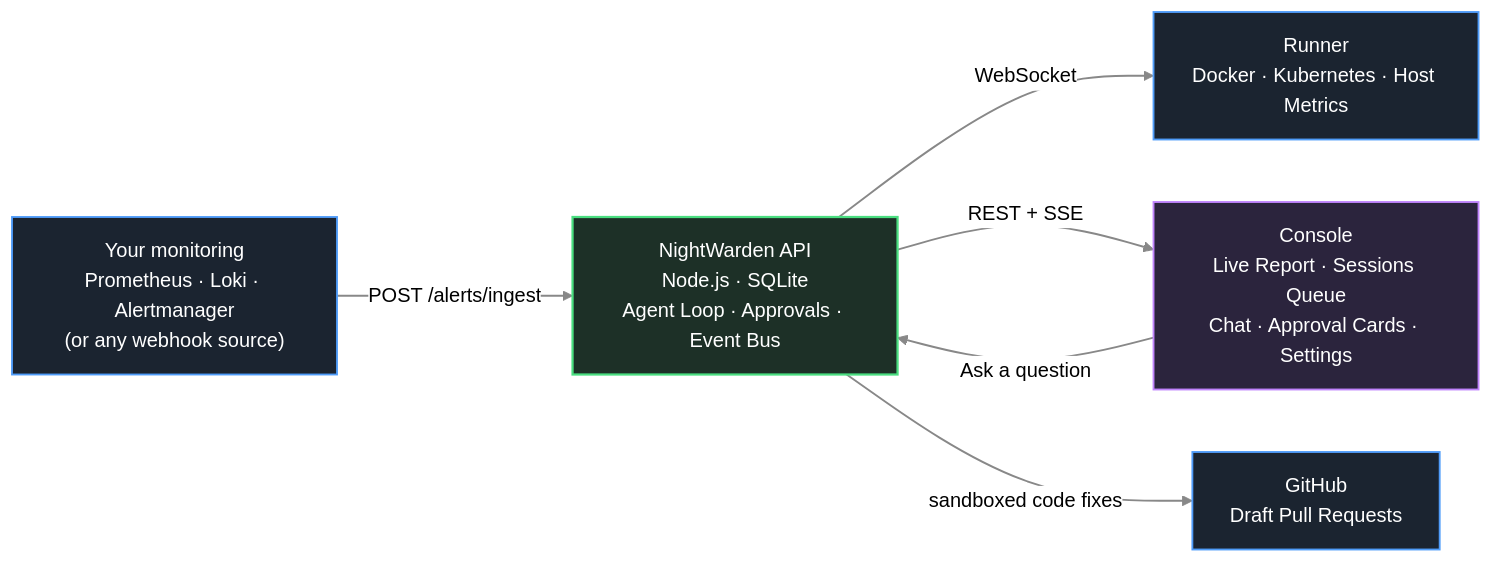
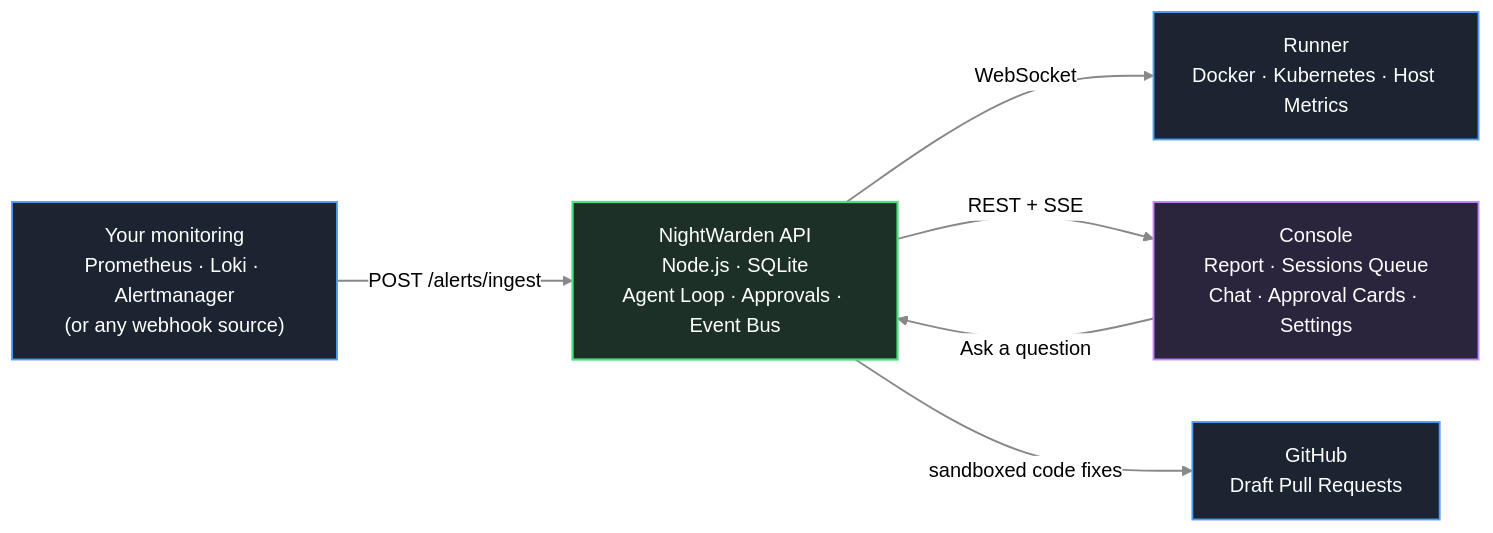
One commit to PrabhatMattoo/NightWarden changed the diagram in README.md. Above: the diagram before and after it, drawn with Mermaid (neutral theme). The commit also changed other lines of this file and 96 other files, not shown here.

````diff
--- a/README.md
+++ b/README.md
@@ -20,32 +20,32 @@
 ```mermaid
 flowchart LR
 
 %% Infrastructure
 monitoring["Your monitoring<br/>Prometheus · Loki · Alertmanager<br/>(or any webhook source)"]
 runner["Runner<br/>Docker · Kubernetes · Host Metrics"]
 
 %% Brain
 api["NightWarden API<br/>Node.js · SQLite<br/>Agent Loop · Approvals · Event Bus"]
 
 %% UI
-console["Console<br/>Live Report · Sessions Queue<br/>Chat · Approval Cards · Settings"]
+console["Console<br/>Report · Sessions Queue<br/>Chat · Approval Cards · Settings"]
 
 %% Code
 github["GitHub<br/>Draft Pull Requests"]
 
 monitoring -- POST /alerts/ingest --> api
 console -- Ask a question --> api
 api -- WebSocket --> runner
 api -- REST + SSE --> console
 api -- sandboxed code fixes --> github
 
 classDef infra fill:#1b2430,stroke:#4f9cf9,color:#fff,stroke-width:1.5;
 classDef api fill:#1d3027,stroke:#4ade80,color:#fff,stroke-width:1.8;
 classDef ui fill:#2b243d,stroke:#c084fc,color:#fff,stroke-width:1.5;
 
 class monitoring,runner,github infra;
 class api api;
 class console ui;
 
 linkStyle default stroke:#888,stroke-width:1.5;
 ```
````
